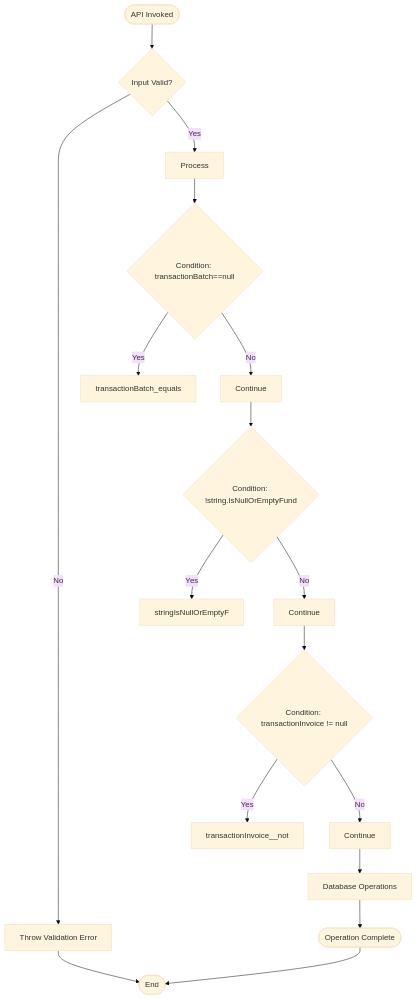
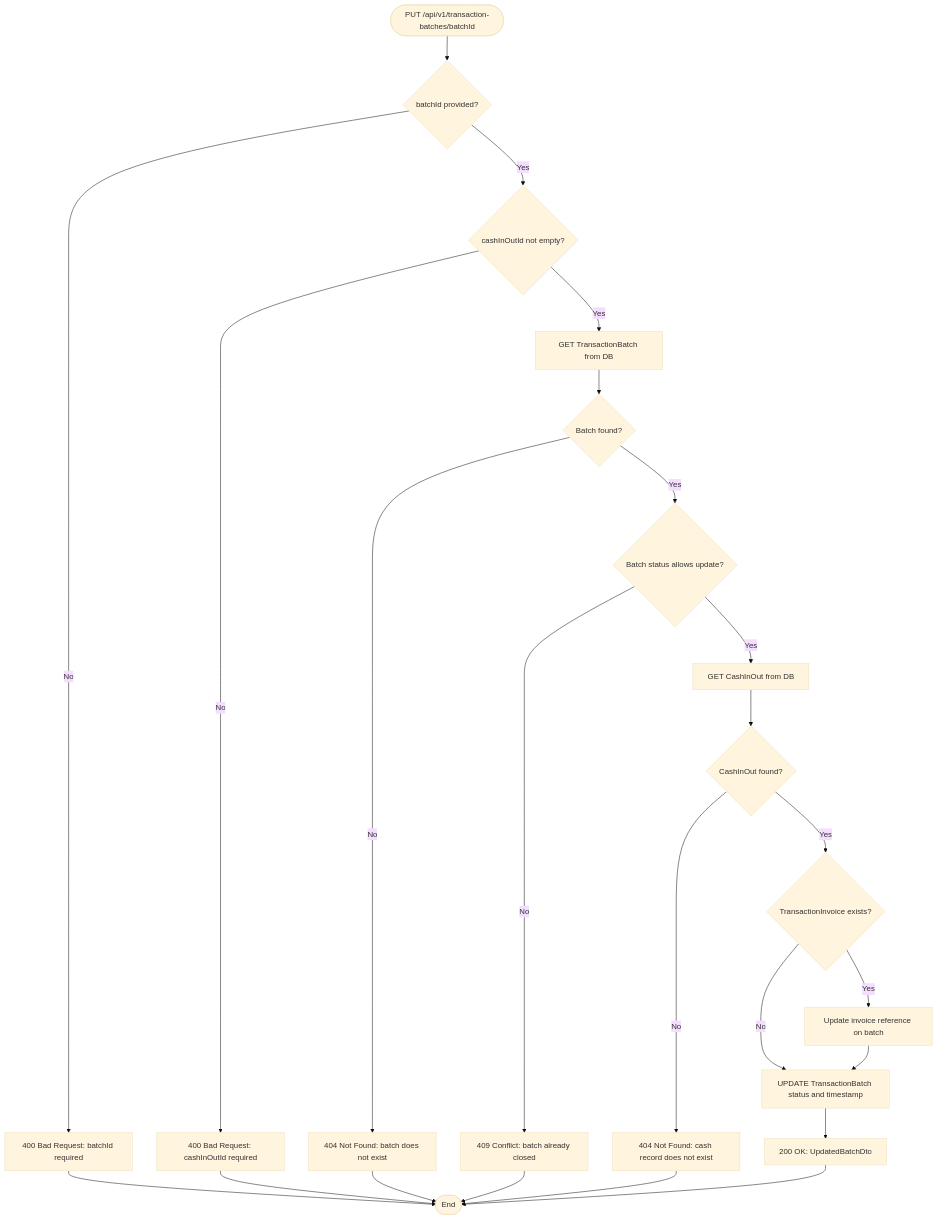
The diagram in _workspaces/sts/sample-apps/_Real/payment-api-specs/specifications/xupdatetransactionbatch/diagrams/flowchart.mmd (asifhussain60/CORTEX), drawn with Mermaid (base theme) before and after one commit. The commit also changed 22 other files, not shown here.

```diff
--- a/_workspaces/sts/sample-apps/_Real/payment-api-specs/specifications/xupdatetransactionbatch/diagrams/flowchart.mmd
+++ b/_workspaces/sts/sample-apps/_Real/payment-api-specs/specifications/xupdatetransactionbatch/diagrams/flowchart.mmd
@@ -1,19 +1,31 @@
 flowchart TD
-    Start([API Invoked]) --> Validate
-    Validate{Input Valid?}
-    Validate -->|No| Error1[Throw Validation Error]
-    Validate -->|Yes| Process
-    Process --> Check1{Condition: transactionBatch==null}
-    Check1 -->|Yes| Rule1[transactionBatch_equals]
-    Check1 -->|No| Next1[Continue]
-    Next1 --> Check2{Condition: !string.IsNullOrEmptyFund}
-    Check2 -->|Yes| Rule2[stringIsNullOrEmptyF]
-    Check2 -->|No| Next2[Continue]
-    Next2 --> Check3{Condition: transactionInvoice != null}
-    Check3 -->|Yes| Rule3[transactionInvoice__not]
-    Check3 -->|No| Next3[Continue]
-    Next3 --> DB[Database Operations]
-    DB --> Complete
-    Complete([Operation Complete])
-    Error1 --> End([End])
-    Complete --> End([End])
+    Start([PUT /api/v1/transaction-batches/batchId]) --> CheckBatch
+    CheckBatch{batchId provided?}
+    CheckBatch -->|No| ErrBatch[400 Bad Request: batchId required]
+    CheckBatch -->|Yes| CheckCash
+    CheckCash{cashInOutId not empty?}
+    CheckCash -->|No| ErrCash[400 Bad Request: cashInOutId required]
+    CheckCash -->|Yes| LookupBatch
+    LookupBatch[GET TransactionBatch from DB]
+    LookupBatch --> BatchFound{Batch found?}
+    BatchFound -->|No| Err404Batch[404 Not Found: batch does not exist]
+    BatchFound -->|Yes| CheckStatus
+    CheckStatus{Batch status allows update?}
+    CheckStatus -->|No| ErrStatus[409 Conflict: batch already closed]
+    CheckStatus -->|Yes| LookupCash
+    LookupCash[GET CashInOut from DB]
+    LookupCash --> CashFound{CashInOut found?}
+    CashFound -->|No| Err404Cash[404 Not Found: cash record does not exist]
+    CashFound -->|Yes| CheckInvoice
+    CheckInvoice{TransactionInvoice exists?}
+    CheckInvoice -->|Yes| LinkInvoice[Update invoice reference on batch]
+    CheckInvoice -->|No| UpdateOnly
+    LinkInvoice --> UpdateOnly
+    UpdateOnly[UPDATE TransactionBatch status and timestamp]
+    UpdateOnly --> Complete[200 OK: UpdatedBatchDto]
+    ErrBatch --> End([End])
+    ErrCash --> End
+    Err404Batch --> End
+    ErrStatus --> End
+    Err404Cash --> End
+    Complete --> End
```
